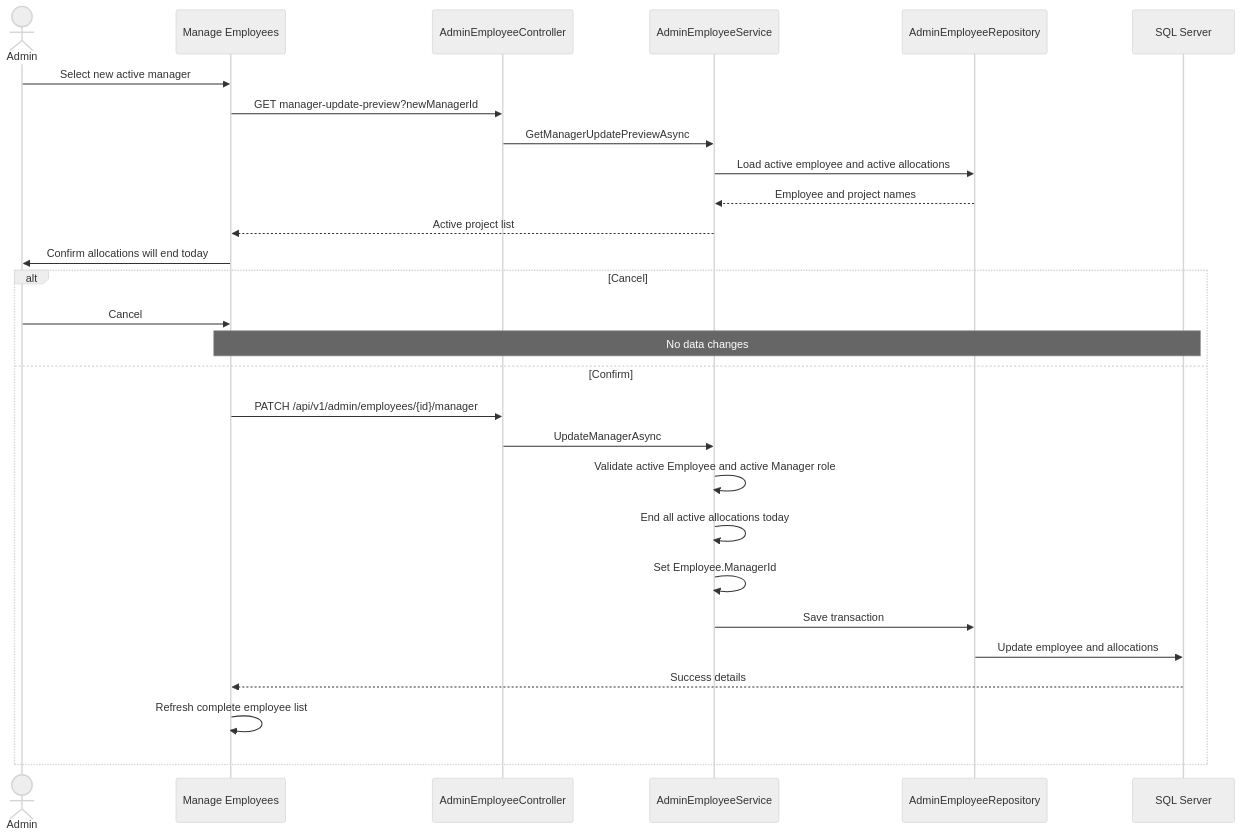
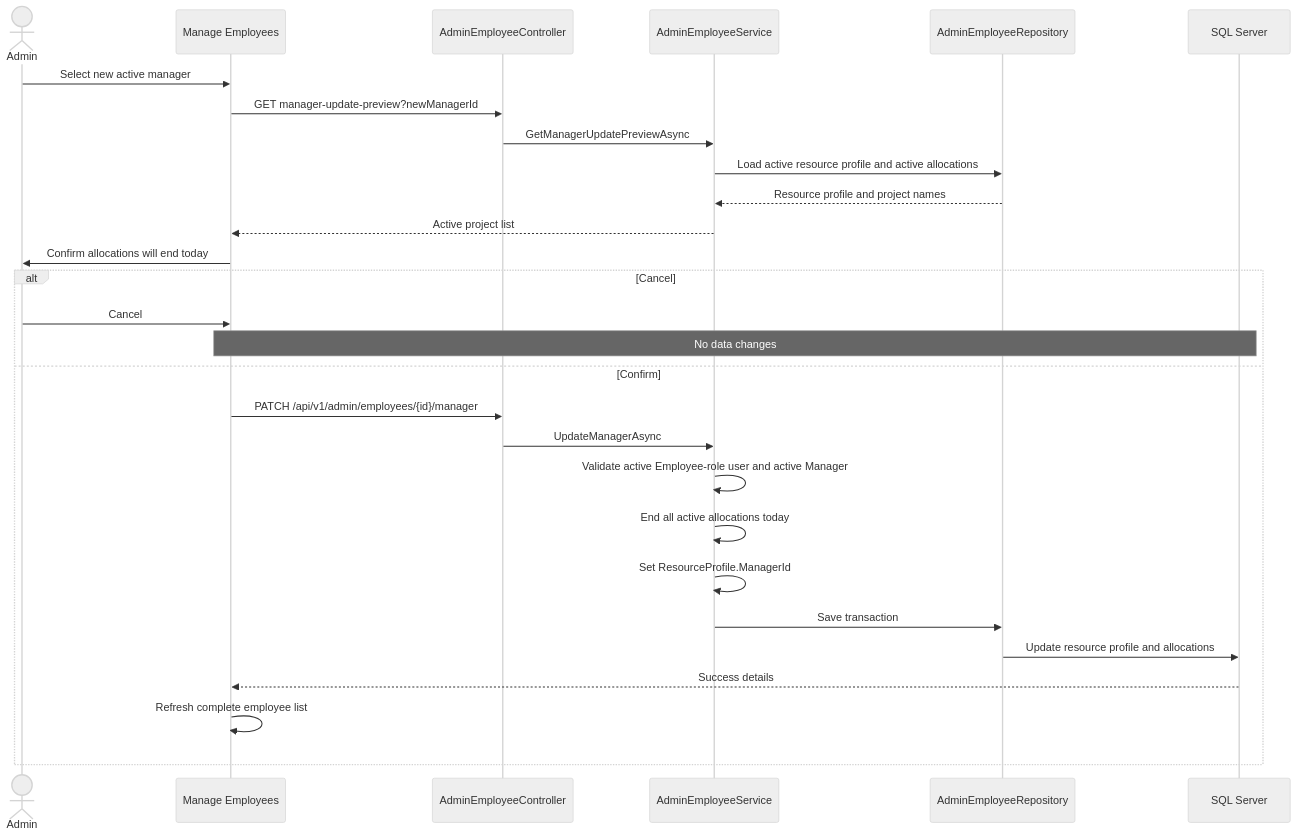
One commit to AayushGargITT/AayushGarg-LearnCode-2025-26 changed diagram 11 of 17 in ResourceMindAi/readme.md. Above: the diagram before and after it, drawn with Mermaid (neutral theme). The commit also changed other lines of this file and 35 other files, not shown here.

First line of the commit message:
refactor(domain): rename Employee to ResourceProfile and simplify entity model

````diff
--- a/ResourceMindAi/readme.md
+++ b/ResourceMindAi/readme.md
@@ -557,32 +556,32 @@
 ```mermaid
 sequenceDiagram
     actor Admin
     participant UI as Manage Employees
     participant API as AdminEmployeeController
     participant Service as AdminEmployeeService
     participant Repo as AdminEmployeeRepository
     participant DB as SQL Server
 
     Admin->>UI: Select new active manager
     UI->>API: GET manager-update-preview?newManagerId
     API->>Service: GetManagerUpdatePreviewAsync
-    Service->>Repo: Load active employee and active allocations
-    Repo-->>Service: Employee and project names
+    Service->>Repo: Load active resource profile and active allocations
+    Repo-->>Service: Resource profile and project names
     Service-->>UI: Active project list
     UI->>Admin: Confirm allocations will end today
 
     alt Cancel
         Admin->>UI: Cancel
         Note over UI,DB: No data changes
     else Confirm
         UI->>API: PATCH /api/v1/admin/employees/{id}/manager
         API->>Service: UpdateManagerAsync
-        Service->>Service: Validate active Employee and active Manager role
+        Service->>Service: Validate active Employee-role user and active Manager
         Service->>Service: End all active allocations today
-        Service->>Service: Set Employee.ManagerId
+        Service->>Service: Set ResourceProfile.ManagerId
         Service->>Repo: Save transaction
-        Repo->>DB: Update employee and allocations
+        Repo->>DB: Update resource profile and allocations
         DB-->>UI: Success details
         UI->>UI: Refresh complete employee list
     end
 ```
````
